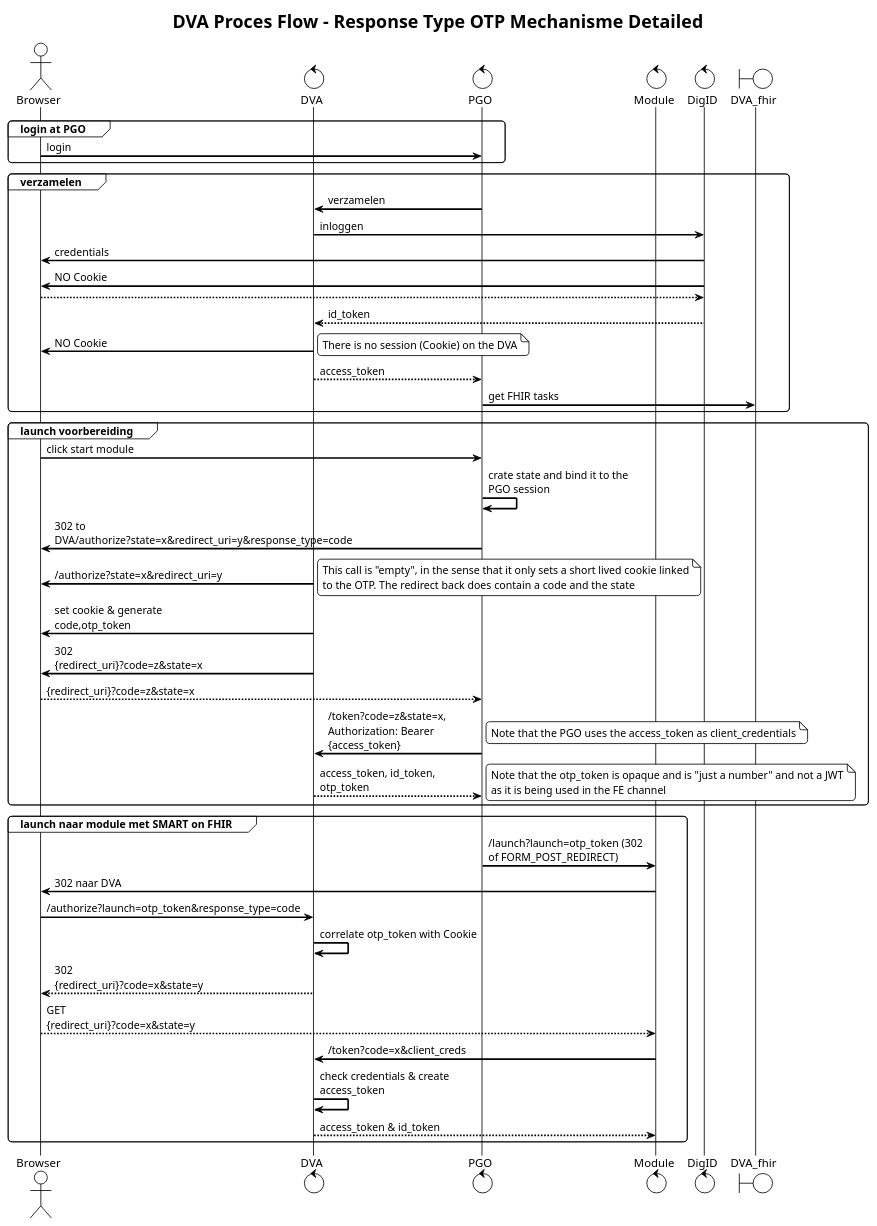
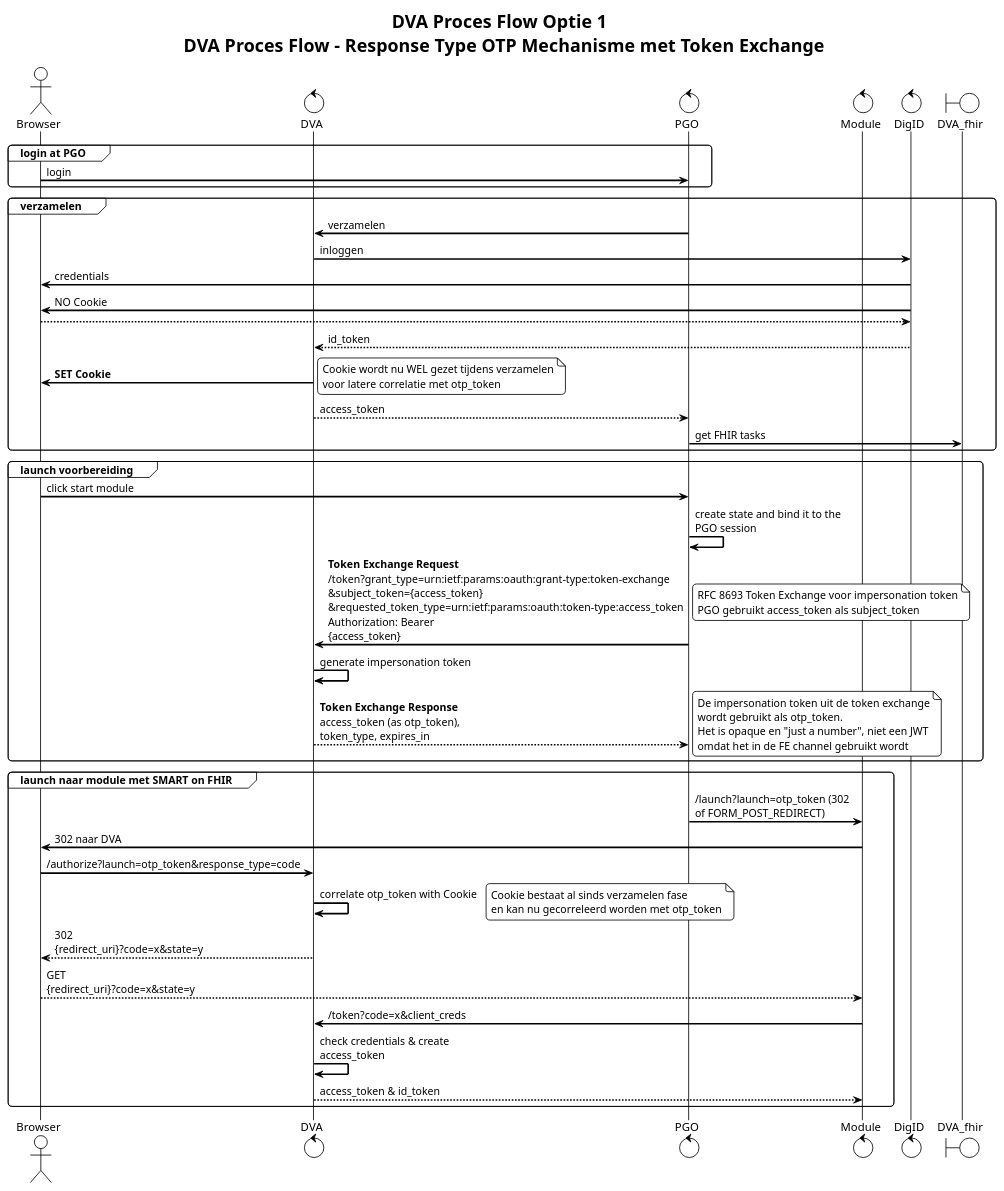
The diagram in designs/koppelmij_otp.puml (KoppelMij/koppelmij-designs), drawn with PlantUML before and after one commit. The commit also changed other lines of this file and 10 other files, not shown here.

Commit message:
Add SVG diagram for SMART on FHIR short flow

```diff
--- a/designs/koppelmij_otp.puml
+++ b/designs/koppelmij_otp.puml
@@ -1,69 +1,69 @@
 @startuml
-title DVA Proces Flow - Response Type OTP Mechanisme Detailed
+title DVA Proces Flow Optie 1 \n DVA Proces Flow - Response Type OTP Mechanisme met Token Exchange
 !theme plain
 skinparam backgroundColor white
 skinparam sequenceArrowThickness 2
 skinparam roundcorner 10
 skinparam maxMessageSize 200
 
 actor Browser
 control DVA
 control PGO
 control Module
 control DigID
 boundary DVA_fhir
 
 group login at PGO
 Browser -> PGO: login
 end
 
 group verzamelen
 PGO -> DVA: verzamelen
 DVA -> DigID: inloggen
 DigID -> Browser: credentials
 DigID -> Browser: NO Cookie
 Browser --> DigID
 DigID --> DVA: id_token
-DVA -> Browser: NO Cookie
+DVA -> Browser: **SET Cookie**
 note right
-There is no session (Cookie) on the DVA
+Cookie wordt nu WEL gezet tijdens verzamelen
+voor latere correlatie met otp_token
 end note
 DVA --> PGO: access_token
 PGO -> DVA_fhir: get FHIR tasks
 end
 
 group launch voorbereiding
 Browser -> PGO: click start module
-PGO -> PGO: crate state and bind it to the PGO session
-PGO -> Browser: 302 to DVA/authorize?state=x&redirect_uri=y&response_type=code
-DVA -> Browser: /authorize?state=x&redirect_uri=y
+PGO -> PGO: create state and bind it to the PGO session
+PGO -> DVA: **Token Exchange Request**\n/token?grant_type=urn:ietf:params:oauth:grant-type:token-exchange\n&subject_token={access_token}\n&requested_token_type=urn:ietf:params:oauth:token-type:access_token\nAuthorization: Bearer {access_token}
 note right
-This call is "empty", in the sense that it only sets a short lived cookie linked
-to the OTP. The redirect back does contain a code and the state
+RFC 8693 Token Exchange voor impersonation token
+PGO gebruikt access_token als subject_token
 end note
-DVA -> Browser: set cookie & generate code,otp_token
-DVA -> Browser: 302 {redirect_uri}?code=z&state=x
-Browser --> PGO: {redirect_uri}?code=z&state=x
-PGO -> DVA: /token?code=z&state=x, Authorization: Bearer {access_token}
+DVA -> DVA: generate impersonation token
+DVA --> PGO: **Token Exchange Response**\naccess_token (as otp_token), token_type, expires_in
 note right
-Note that the PGO uses the access_token as client_credentials
-end note
-DVA --> PGO: access_token, id_token, otp_token
-note right
-Note that the otp_token is opaque and is "just a number" and not a JWT
-as it is being used in the FE channel
+De impersonation token uit de token exchange
+wordt gebruikt als otp_token.
+Het is opaque en "just a number", niet een JWT
+omdat het in de FE channel gebruikt wordt
 end note
 end
 
 group launch naar module met SMART on FHIR
 PGO -> Module: /launch?launch=otp_token (302 of FORM_POST_REDIRECT)
 Module -> Browser: 302 naar DVA
 Browser -> DVA: /authorize?launch=otp_token&response_type=code
 DVA -> DVA: correlate otp_token with Cookie
+note right
+Cookie bestaat al sinds verzamelen fase
+en kan nu gecorreleerd worden met otp_token
+end note
 DVA --> Browser: 302 {redirect_uri}?code=x&state=y
 Browser --> Module: GET {redirect_uri}?code=x&state=y
 Module -> DVA: /token?code=x&client_creds
 DVA -> DVA: check credentials & create access_token
 DVA --> Module: access_token & id_token
 end
 @enduml
```
